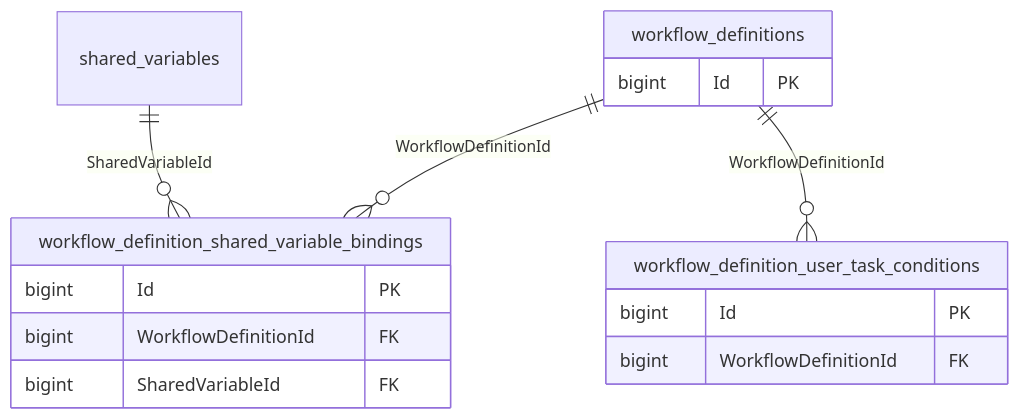
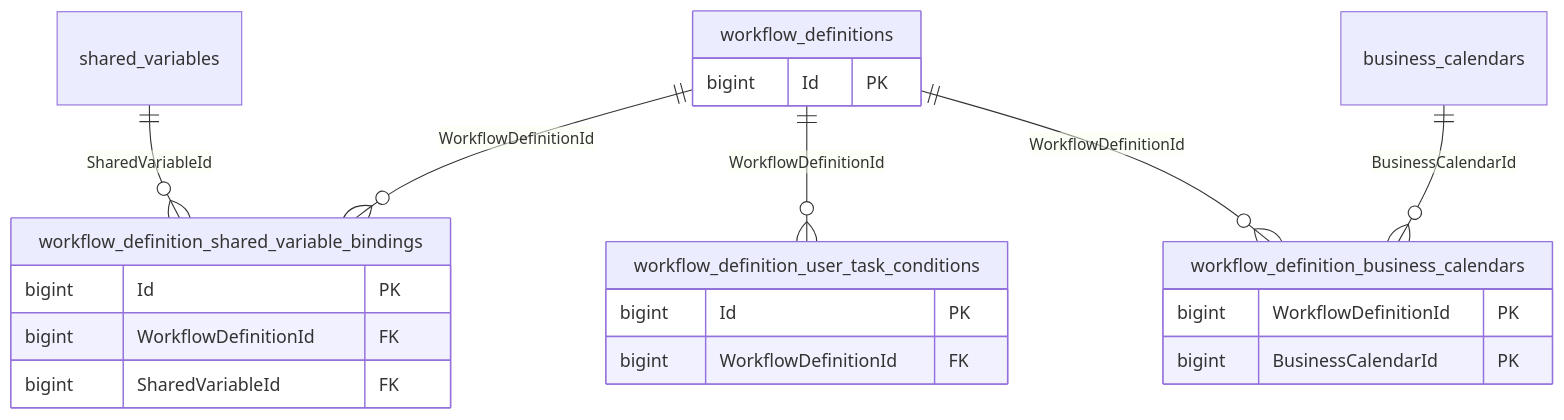
The first of 10 diagrams in docs/database-schema.md (sherif-hfm/Flowbit), drawn with Mermaid before and after one commit. The commit also changed other lines of this file and 83 other files, not shown here.

````diff
--- a/docs/database-schema.md
+++ b/docs/database-schema.md
@@ -131,18 +134,24 @@
 ```mermaid
 erDiagram
     workflow_definitions {
         bigint Id PK
     }
     workflow_definition_user_task_conditions {
         bigint Id PK
         bigint WorkflowDefinitionId FK
     }
     workflow_definition_shared_variable_bindings {
         bigint Id PK
         bigint WorkflowDefinitionId FK
         bigint SharedVariableId FK
     }
+    workflow_definition_business_calendars {
+        bigint WorkflowDefinitionId PK
+        bigint BusinessCalendarId PK
+    }
     shared_variables ||--o{ workflow_definition_shared_variable_bindings : "SharedVariableId"
     workflow_definitions ||--o{ workflow_definition_shared_variable_bindings : "WorkflowDefinitionId"
     workflow_definitions ||--o{ workflow_definition_user_task_conditions : "WorkflowDefinitionId"
+    workflow_definitions ||--o{ workflow_definition_business_calendars : "WorkflowDefinitionId"
+    business_calendars ||--o{ workflow_definition_business_calendars : "BusinessCalendarId"
 ```
````
